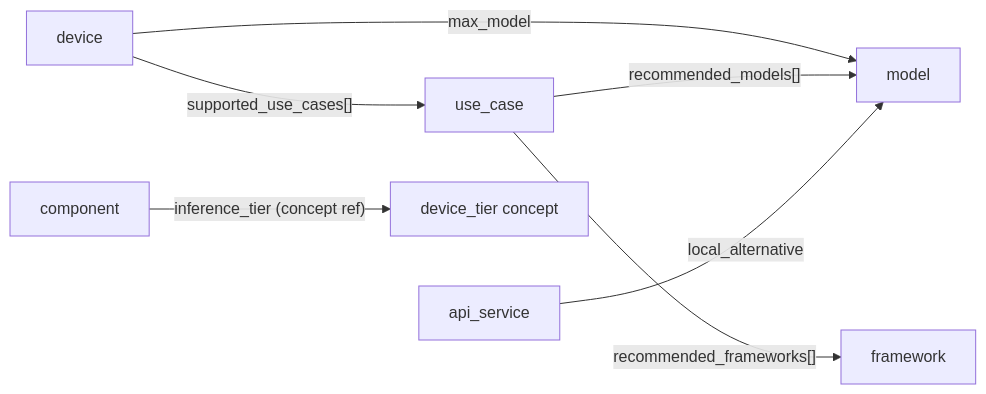
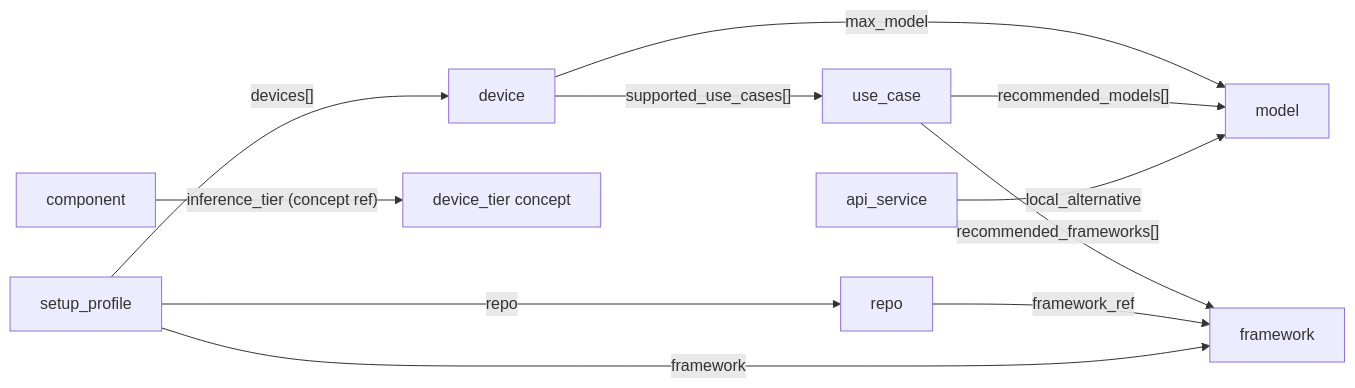
The second of 2 diagrams in governance/GOVERNANCE.md (WMJOON/agent-setup-copilot), drawn with Mermaid before and after one commit. The commit also changed other lines of this file and 26 other files, not shown here.

````diff
--- a/governance/GOVERNANCE.md
+++ b/governance/GOVERNANCE.md
@@ -145,15 +196,21 @@
 ```mermaid
 flowchart LR
     D["device"]
     UC["use_case"]
     M["model"]
     F["framework"]
     API["api_service"]
+    R["repo"]
+    SP["setup_profile"]
 
     D   -->|"supported_use_cases[]"| UC
     D   -->|"max_model"| M
     UC  -->|"recommended_models[]"| M
     UC  -->|"recommended_frameworks[]"| F
     API -->|"local_alternative"| M
     C["component"] -->|"inference_tier (concept ref)"| TIER["device_tier concept"]
+    R   -->|"framework_ref"| F
+    SP  -->|"devices[]"| D
+    SP  -->|"framework"| F
+    SP  -->|"repo"| R
 ```
````
